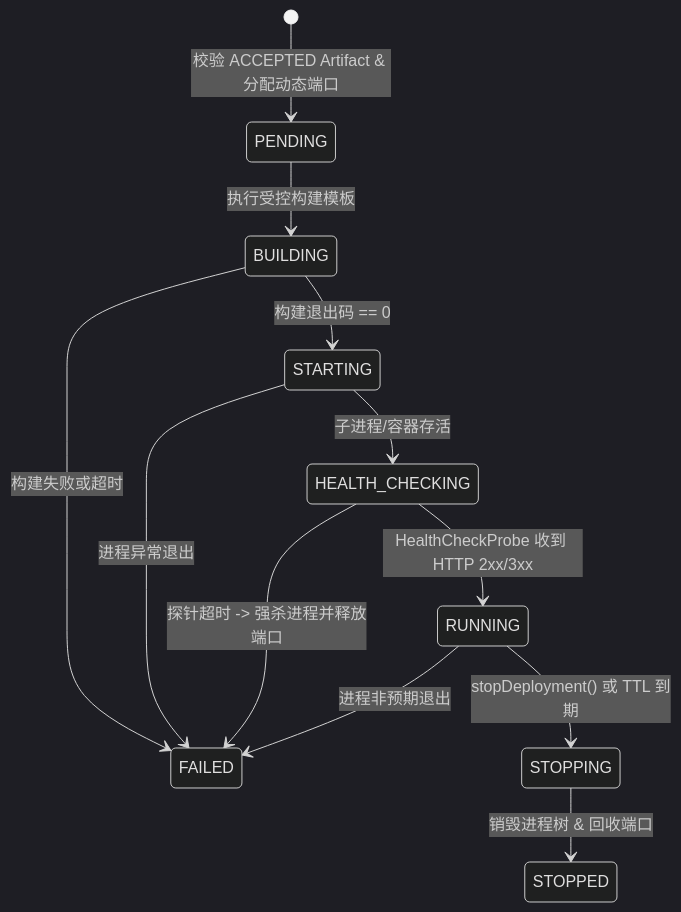
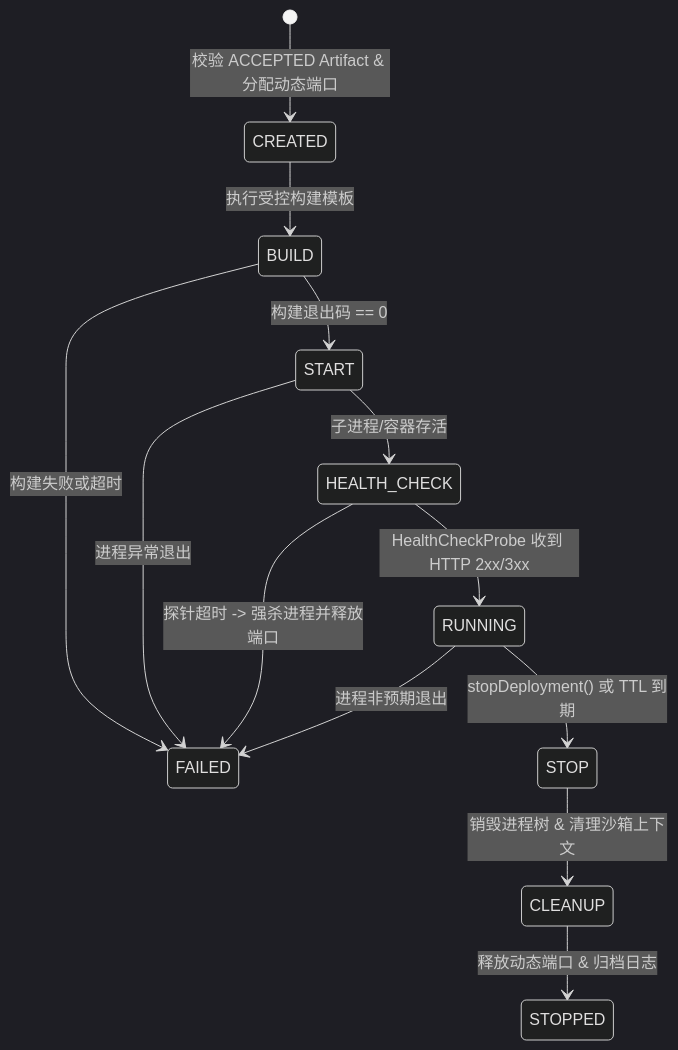
Before and after one commit to RubiumOnly/AgentHub: the second of 2 diagrams in docs/TECH_WHITEPAPER_AND_DEFENSE.md, drawn with Mermaid (dark theme). The commit also changed other lines of this file and 18 other files, not shown here.

````diff
--- a/docs/TECH_WHITEPAPER_AND_DEFENSE.md
+++ b/docs/TECH_WHITEPAPER_AND_DEFENSE.md
@@ -60,14 +60,15 @@
 ```mermaid
 stateDiagram-v2
-    [*] --> PENDING: 校验 ACCEPTED Artifact & 分配动态端口
-    PENDING --> BUILDING: 执行受控构建模板
-    BUILDING --> STARTING: 构建退出码 == 0
-    BUILDING --> FAILED: 构建失败或超时
-    STARTING --> HEALTH_CHECKING: 子进程/容器存活
-    STARTING --> FAILED: 进程异常退出
-    HEALTH_CHECKING --> RUNNING: HealthCheckProbe 收到 HTTP 2xx/3xx
-    HEALTH_CHECKING --> FAILED: 探针超时 -> 强杀进程并释放端口
-    RUNNING --> STOPPING: stopDeployment() 或 TTL 到期
+    [*] --> CREATED: 校验 ACCEPTED Artifact & 分配动态端口
+    CREATED --> BUILD: 执行受控构建模板
+    BUILD --> START: 构建退出码 == 0
+    BUILD --> FAILED: 构建失败或超时
+    START --> HEALTH_CHECK: 子进程/容器存活
+    START --> FAILED: 进程异常退出
+    HEALTH_CHECK --> RUNNING: HealthCheckProbe 收到 HTTP 2xx/3xx
+    HEALTH_CHECK --> FAILED: 探针超时 -> 强杀进程并释放端口
+    RUNNING --> STOP: stopDeployment() 或 TTL 到期
     RUNNING --> FAILED: 进程非预期退出
-    STOPPING --> STOPPED: 销毁进程树 & 回收端口
+    STOP --> CLEANUP: 销毁进程树 & 清理沙箱上下文
+    CLEANUP --> STOPPED: 释放动态端口 & 归档日志
 ```
````
